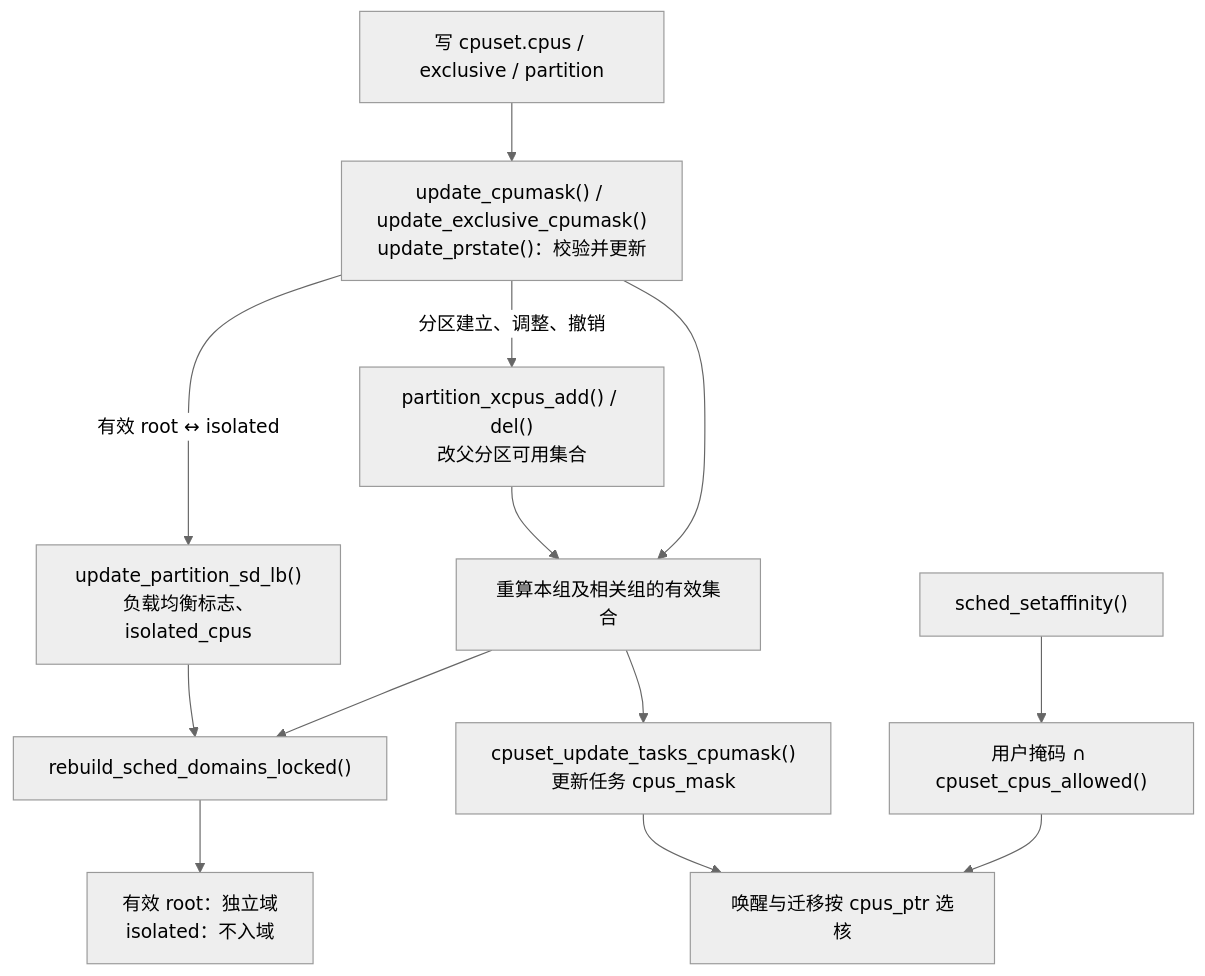
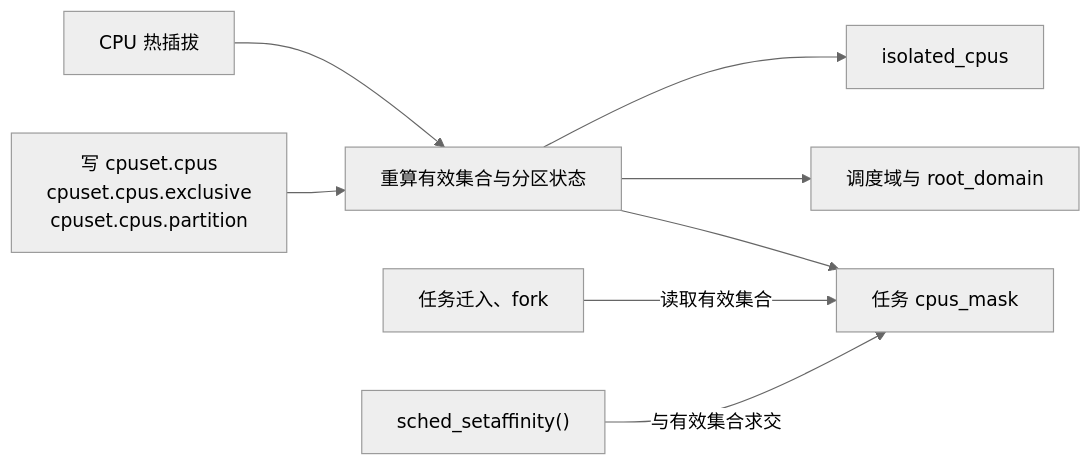
Before and after one commit to linuxperf/linux-study: the seventh of 10 diagrams in interview/sched/cgroup2.md, drawn with Mermaid (neutral theme). The commit also changed other lines of this file, not shown here.

````diff
--- a/interview/sched/cgroup2.md
+++ b/interview/sched/cgroup2.md
@@ -1174,15 +1006,11 @@
 ```mermaid
-flowchart TD
-    CFG["写 cpuset.cpus / exclusive / partition"] --> PR["update_cpumask() / update_exclusive_cpumask()<br/>update_prstate()：校验并更新"]
-    PR --> MASK["重算本组及相关组的有效集合"]
-    PR -->|"分区建立、调整、撤销"| PARENT["partition_xcpus_add() / del()<br/>改父分区可用集合"]
-    PARENT --> MASK
-    PR -->|"有效 root ↔ isolated"| LB["update_partition_sd_lb()<br/>负载均衡标志、isolated_cpus"]
-    MASK --> TASK["cpuset_update_tasks_cpumask()<br/>更新任务 cpus_mask"]
-    TASK --> AFF["唤醒与迁移按 cpus_ptr 选核"]
-    MASK --> SD["rebuild_sched_domains_locked()"]
-    LB --> SD
-    SD --> DOM["有效 root：独立域<br/>isolated：不入域"]
-    USER["sched_setaffinity()"] --> AND["用户掩码 ∩ cpuset_cpus_allowed()"]
-    AND --> AFF
+flowchart LR
+    W["写 cpuset.cpus<br/>cpuset.cpus.exclusive<br/>cpuset.cpus.partition"] --> CALC
+    HP["CPU 热插拔"] --> CALC
+    CALC["重算有效集合与分区状态"]
+    CALC --> AFF["任务 cpus_mask"]
+    CALC --> SD["调度域与 root_domain"]
+    CALC --> ISO["isolated_cpus"]
+    MV["任务迁入、fork"] -->|"读取有效集合"| AFF
+    SA["sched_setaffinity()"] -->|"与有效集合求交"| AFF
 ```
````
